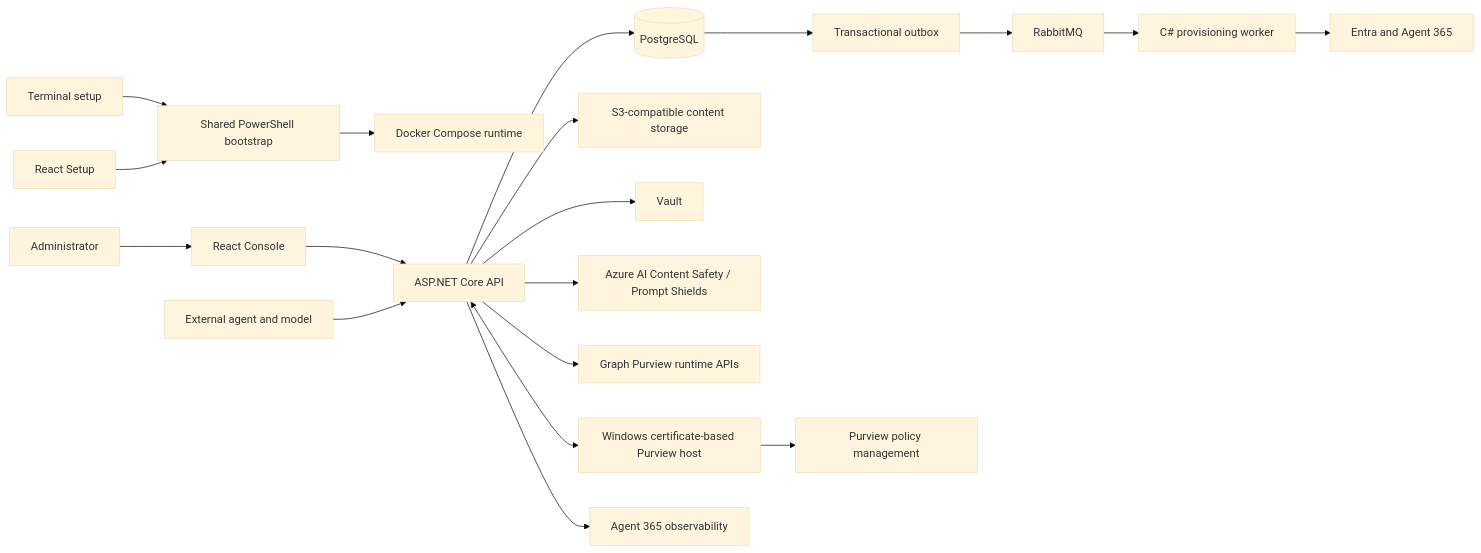
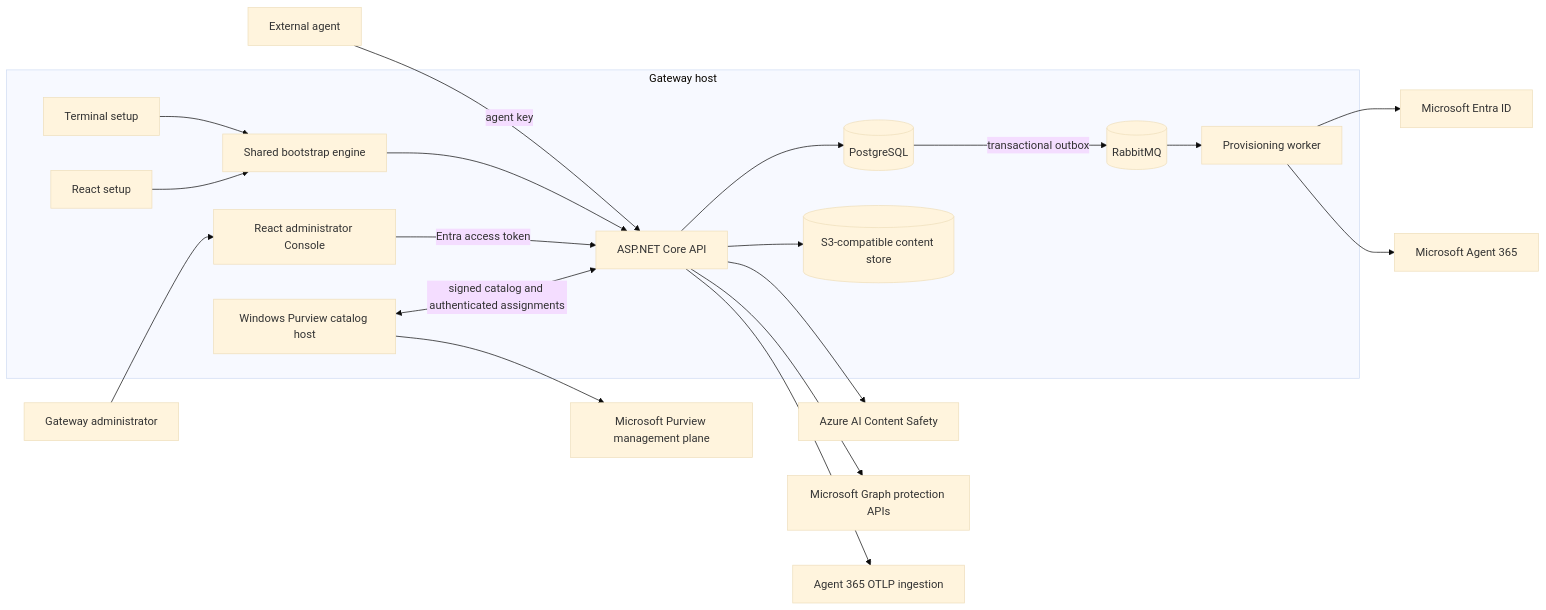
Before and after one commit to patrick-shim/a365-custom-gateway: the first of 2 diagrams in README.md, drawn with Mermaid (base theme). The commit also changed other lines of this file and 21 other files, not shown here.

````diff
--- a/README.md
+++ b/README.md
@@ -16,21 +55,33 @@
 ```mermaid
 flowchart LR
-    TUI[Terminal setup] --> Bootstrap[Shared PowerShell bootstrap]
-    Setup[React Setup] --> Bootstrap
-    Bootstrap --> Runtime[Docker Compose runtime]
-    Admin[Administrator] --> Console[React Console]
-    Console --> API[ASP.NET Core API]
-    Agent[External agent and model] --> API
-    API --> DB[(PostgreSQL)]
-    DB --> Outbox[Transactional outbox]
-    Outbox --> Bus[RabbitMQ]
-    Bus --> Worker[C# provisioning worker]
-    Worker --> Entra[Entra and Agent 365]
-    API --> Objects[S3-compatible content storage]
-    API --> Vault[Vault]
-    API --> Shield[Azure AI Content Safety / Prompt Shields]
-    API --> Graph[Graph Purview runtime APIs]
-    API <--> Catalog[Windows certificate-based Purview host]
-    Catalog --> SCC[Purview policy management]
-    API --> OTel[Agent 365 observability]
+    subgraph Host[Gateway host]
+        TUI[Terminal setup]
+        GUI[React setup]
+        Boot[Shared bootstrap engine]
+        Console[React administrator Console]
+        API[ASP.NET Core API]
+        Worker[Provisioning worker]
+        DB[(PostgreSQL)]
+        MQ[(RabbitMQ)]
+        S3[(S3-compatible content store)]
+        PH[Windows Purview catalog host]
+    end
+
+    External[External agent] -->|agent key| API
+    Admin[Gateway administrator] --> Console
+    TUI --> Boot
+    GUI --> Boot
+    Boot --> API
+    Console -->|Entra access token| API
+    API --> DB
+    API --> S3
+    DB -->|transactional outbox| MQ
+    MQ --> Worker
+    Worker --> Entra[Microsoft Entra ID]
+    Worker --> A365[Microsoft Agent 365]
+    API --> Shield[Azure AI Content Safety]
+    API --> Graph[Microsoft Graph protection APIs]
+    API --> OTel[Agent 365 OTLP ingestion]
+    PH --> Purview[Microsoft Purview management plane]
+    PH <-->|signed catalog and authenticated assignments| API
 ```
````
